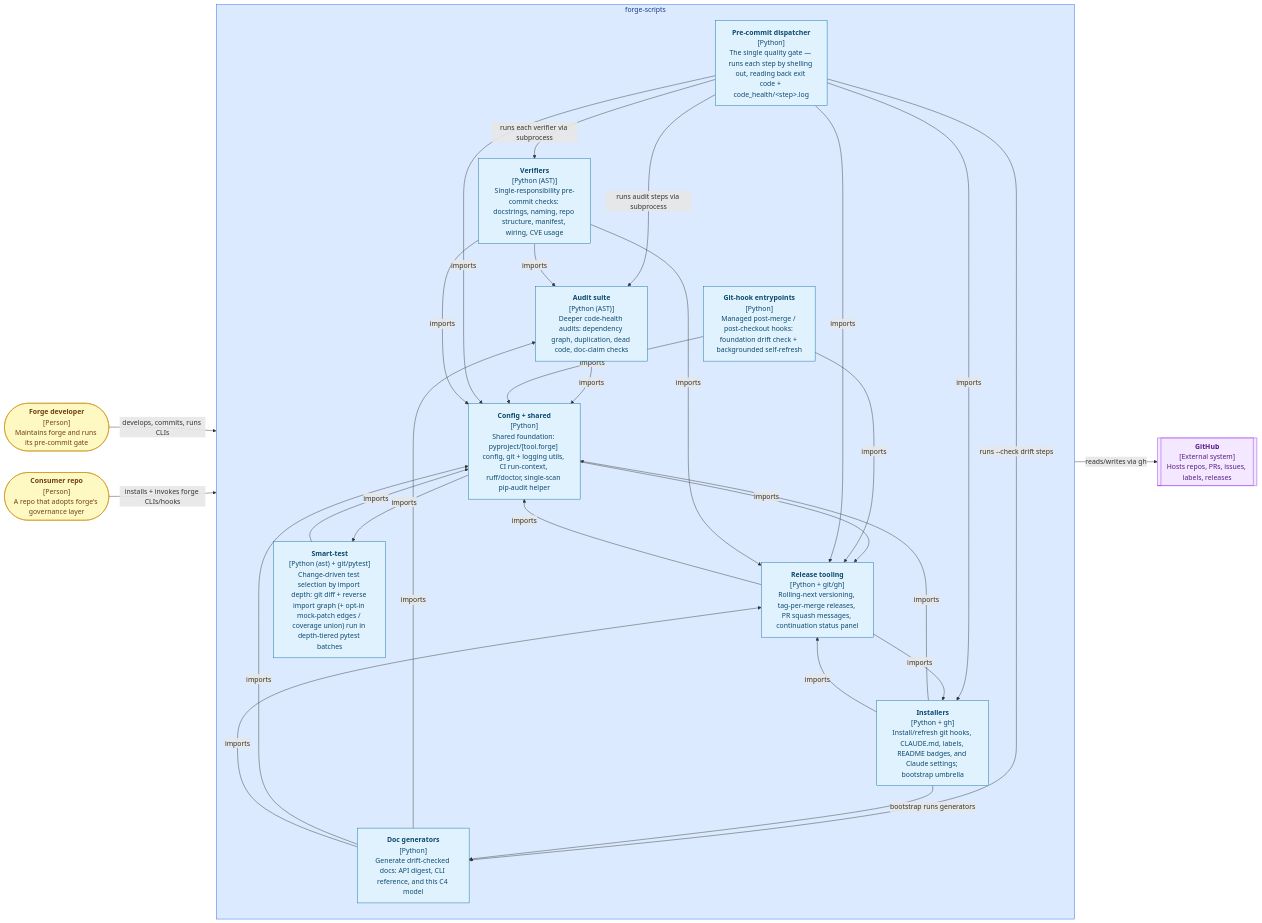
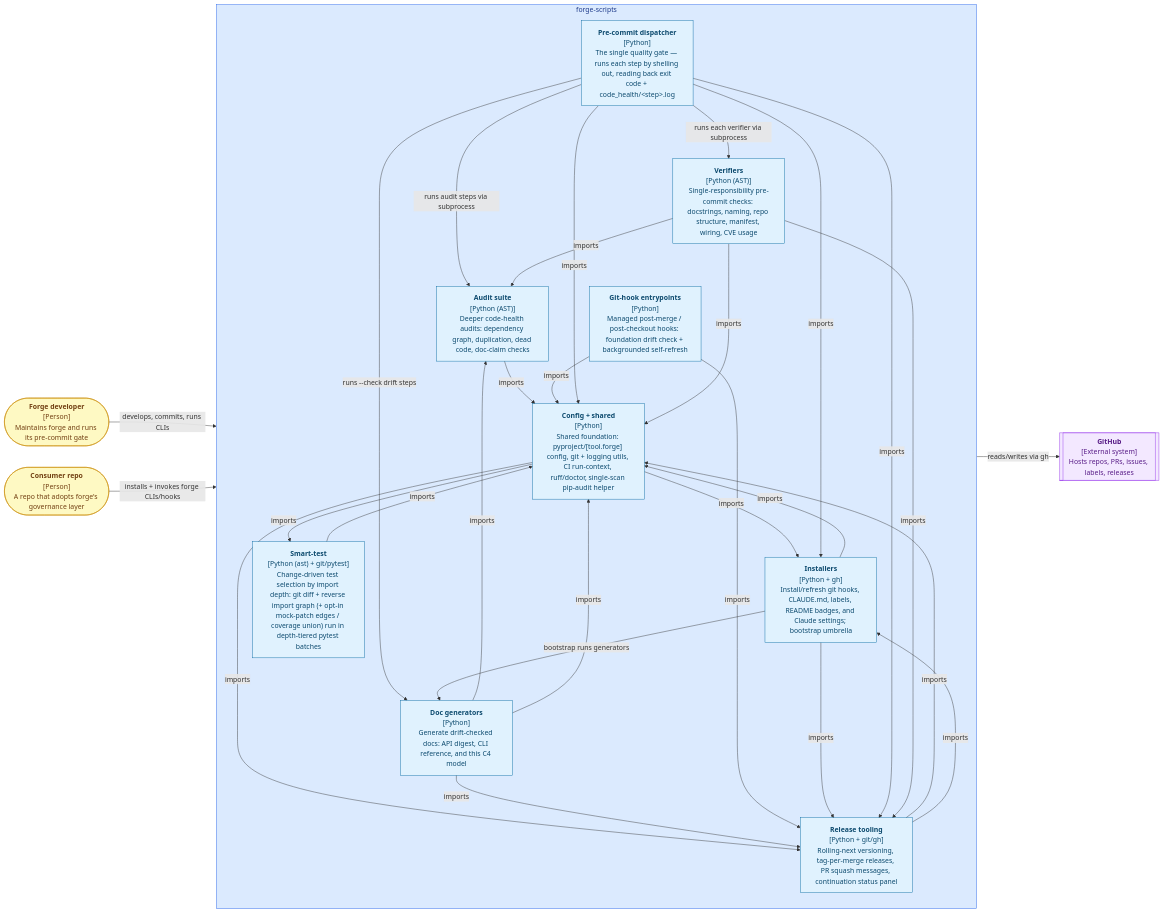
One commit to misnaej/forge changed the diagram in README.md. Above: the diagram before and after it, drawn with Mermaid. The commit also changed 17 other files, not shown here.

````diff
--- a/README.md
+++ b/README.md
@@ -123,60 +123,61 @@
 ```mermaid
 graph LR
     forge_developer(["<b>Forge developer</b><br/>[Person]<br/>Maintains forge and runs its pre-commit gate"])
     consumer_repo(["<b>Consumer repo</b><br/>[Person]<br/>A repo that adopts forge's governance layer"])
     github[["<b>GitHub</b><br/>[External system]<br/>Hosts repos, PRs, issues, labels, releases"]]
     subgraph forge_scripts["forge-scripts"]
         pre_commit_dispatcher["<b>Pre-commit dispatcher</b><br/>[Python]<br/>The single quality gate — runs each step by shelling out, reading back exit code + code_health/&lt;step&gt;.log"]
         audit_suite["<b>Audit suite</b><br/>[Python (AST)]<br/>Deeper code-health audits: dependency graph, duplication, dead code, doc-claim checks"]
         verifiers["<b>Verifiers</b><br/>[Python (AST)]<br/>Single-responsibility pre-commit checks: docstrings, naming, repo structure, manifest, wiring, CVE usage"]
         installers["<b>Installers</b><br/>[Python + gh]<br/>Install/refresh git hooks, CLAUDE.md, labels, README badges, and Claude settings; bootstrap umbrella"]
         doc_generators["<b>Doc generators</b><br/>[Python]<br/>Generate drift-checked docs: API digest, CLI reference, and this C4 model"]
         git_hook_entrypoints["<b>Git-hook entrypoints</b><br/>[Python]<br/>Managed post-merge / post-checkout hooks: foundation drift check + backgrounded self-refresh"]
         release_tooling["<b>Release tooling</b><br/>[Python + git/gh]<br/>Rolling-next versioning, tag-per-merge releases, PR squash messages, continuation status panel"]
         smart_test["<b>Smart-test</b><br/>[Python (ast) + git/pytest]<br/>Change-driven test selection by import depth: git diff + reverse import graph (+ opt-in mock-patch edges / coverage union) run in depth-tiered pytest batches"]
         config_shared["<b>Config + shared</b><br/>[Python]<br/>Shared foundation: pyproject/[tool.forge] config, git + logging utils, CI run-context, ruff/doctor, single-scan pip-audit helper"]
     end
     forge_developer -->|"develops, commits, runs CLIs"| forge_scripts
     consumer_repo -->|"installs + invokes forge CLIs/hooks"| forge_scripts
     forge_scripts -->|"reads/writes via gh"| github
     pre_commit_dispatcher -->|"runs each verifier via subprocess"| verifiers
     pre_commit_dispatcher -->|"runs audit steps via subprocess"| audit_suite
     pre_commit_dispatcher -->|"runs --check drift steps"| doc_generators
     installers -->|"bootstrap runs generators"| doc_generators
     audit_suite -->|"imports"| config_shared
+    config_shared -->|"imports"| installers
     config_shared -->|"imports"| release_tooling
     config_shared -->|"imports"| smart_test
     doc_generators -->|"imports"| audit_suite
     doc_generators -->|"imports"| config_shared
     doc_generators -->|"imports"| release_tooling
     git_hook_entrypoints -->|"imports"| config_shared
     git_hook_entrypoints -->|"imports"| release_tooling
     installers -->|"imports"| config_shared
     installers -->|"imports"| release_tooling
     pre_commit_dispatcher -->|"imports"| config_shared
     pre_commit_dispatcher -->|"imports"| installers
     pre_commit_dispatcher -->|"imports"| release_tooling
     release_tooling -->|"imports"| config_shared
     release_tooling -->|"imports"| installers
     smart_test -->|"imports"| config_shared
     verifiers -->|"imports"| audit_suite
     verifiers -->|"imports"| config_shared
     verifiers -->|"imports"| release_tooling
     classDef component fill:#e0f2fe,stroke:#0369a1,color:#0c4a6e
     classDef container fill:#dbeafe,stroke:#2563eb,color:#1e3a8a
     classDef external fill:#f3e8ff,stroke:#9333ea,color:#581c87
     classDef person fill:#fef9c3,stroke:#ca8a04,color:#713f12
     class forge_developer person
     class consumer_repo person
     class github external
     class forge_scripts container
     class pre_commit_dispatcher component
     class audit_suite component
     class verifiers component
     class installers component
     class doc_generators component
     class git_hook_entrypoints component
     class release_tooling component
     class smart_test component
     class config_shared component
 ```
````
